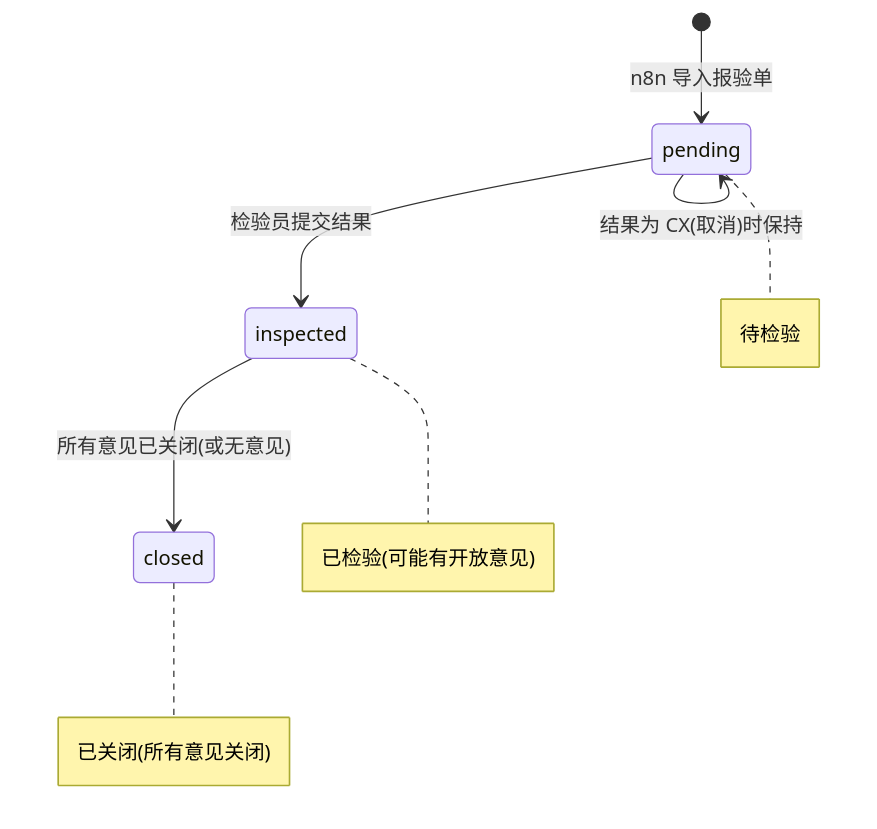
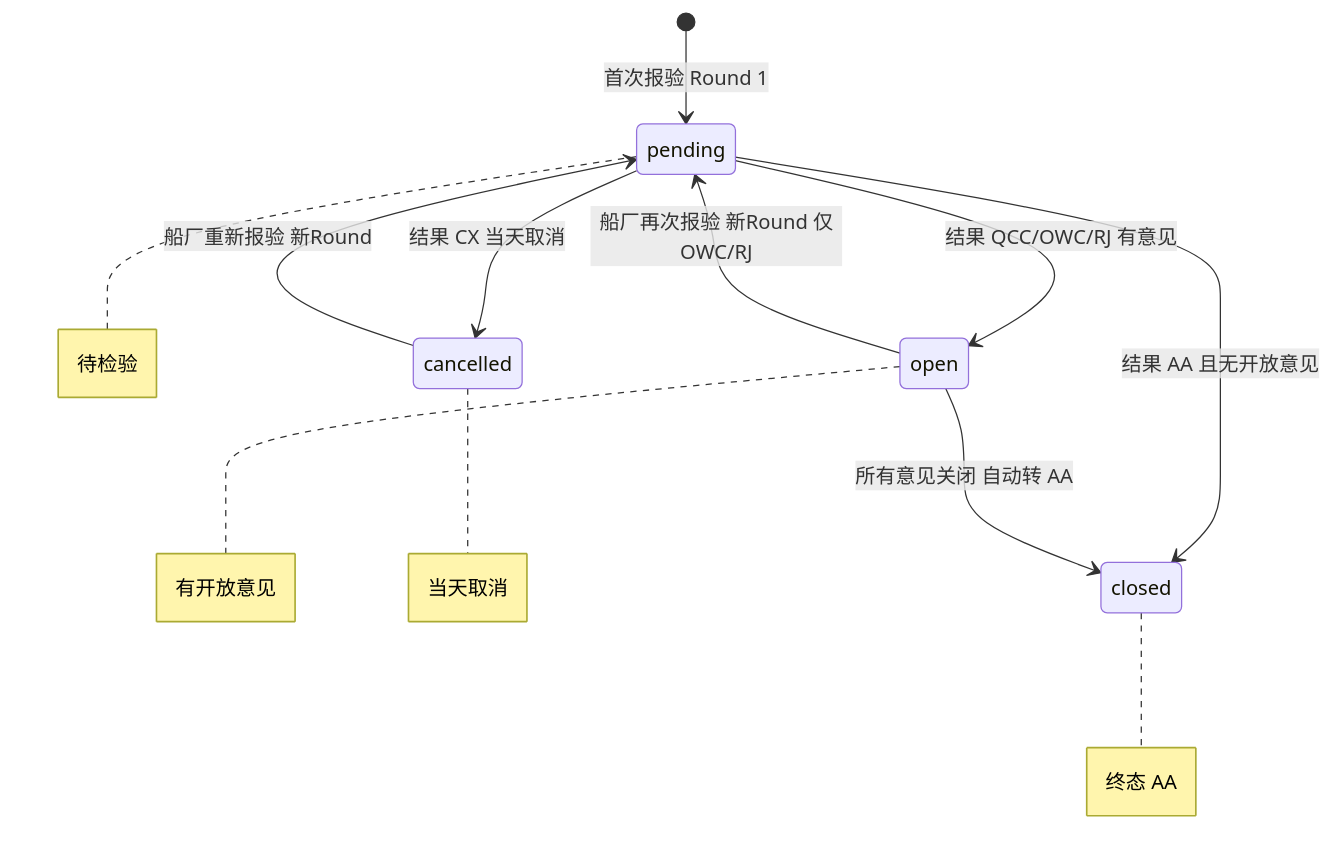
One commit to xingkaijun/nbins changed the fifth of 6 diagrams in docs/architecture.md. Above: the diagram before and after it, drawn with Mermaid. The commit also changed other lines of this file and 2 other files, not shown here.

Commit message:
docs: architecture v4 redesign with multi-round inspections and observations module

````diff
--- a/docs/architecture.md
+++ b/docs/architecture.md
@@ -241,11 +285,18 @@
 ```mermaid
 stateDiagram-v2
-    [*] --> pending: n8n 导入报验单
-    pending --> inspected: 检验员提交结果
-    inspected --> closed: 所有意见已关闭(或无意见)
-    pending --> pending: 结果为 CX(取消)时保持
+    [*] --> pending: 首次报验 Round 1
 
-    note right of pending: 待检验
-    note right of inspected: 已检验(可能有开放意见)
-    note right of closed: 已关闭(所有意见关闭)
+    pending --> closed: 结果 AA 且无开放意见
+    pending --> open: 结果 QCC/OWC/RJ 有意见
+    pending --> cancelled: 结果 CX 当天取消
+
+    open --> closed: 所有意见关闭 自动转 AA
+    open --> pending: 船厂再次报验 新Round 仅OWC/RJ
+
+    cancelled --> pending: 船厂重新报验 新Round
+
+    note right of pending : 待检验
+    note right of open : 有开放意见
+    note right of closed : 终态 AA
+    note right of cancelled : 当天取消
 ```
````
